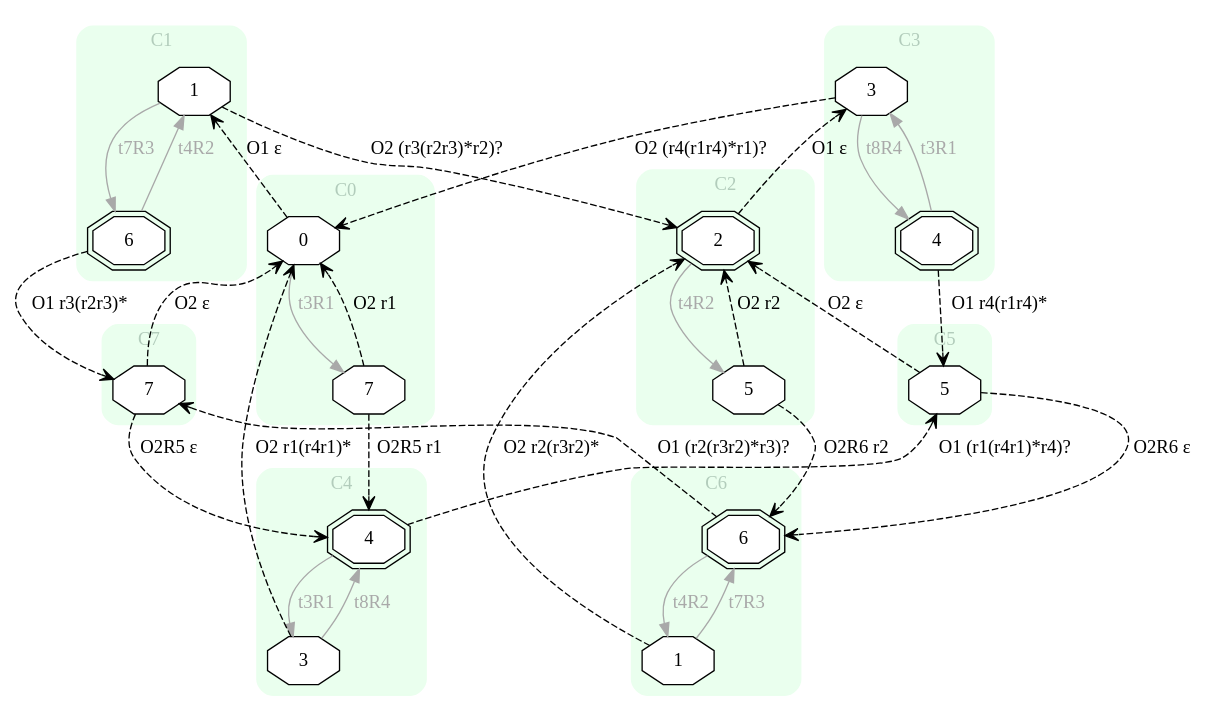
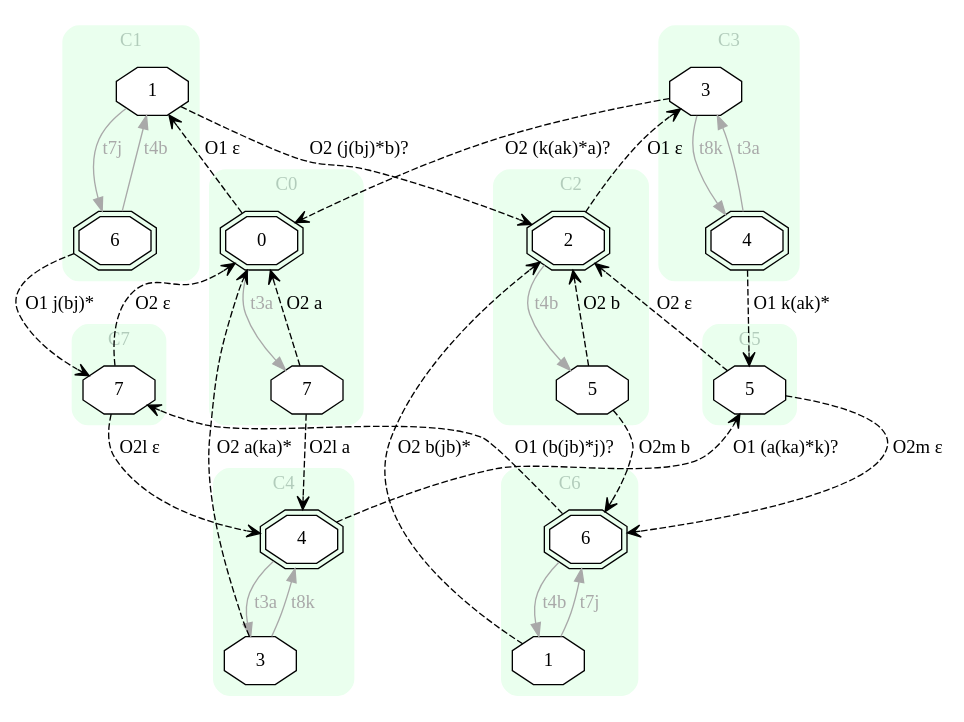
One commit to Stefano-BS/Explanatory-Diagnosis changed the diagram in input/s2_EXP.dot. Above: the diagram before and after it, drawn with Graphviz. The commit also changed 71 other files, not shown here.

```diff
--- a/input/s2_EXP.dot
+++ b/input/s2_EXP.dot
@@ -1,77 +1,77 @@
 digraph "EXPinput/s2" {
 node [style=filled fillcolor=white]
 subgraph cluster0 {
 style="rounded,filled" label="C0" fontcolor="#B2CCBB" color="#EAFFEE"
 edge[color=darkgray fontcolor=darkgray]
-node [shape=octagon]; C0S0 [label=0];
+node [shape=doubleoctagon]; C0S0 [label=0];
 node [shape=octagon]; C0S7 [label=7];
-C0S0 -> C0S7 [label=t3R1]
+C0S0 -> C0S7 [label=t3a]
 }
 subgraph cluster1 {
 style="rounded,filled" label="C1" fontcolor="#B2CCBB" color="#EAFFEE"
 edge[color=darkgray fontcolor=darkgray]
 node [shape=octagon]; C1S1 [label=1];
 node [shape=doubleoctagon]; C1S6 [label=6];
-C1S1 -> C1S6 [label=t7R3]
-C1S6 -> C1S1 [label=t4R2]
+C1S1 -> C1S6 [label=t7j]
+C1S6 -> C1S1 [label=t4b]
 }
 subgraph cluster2 {
 style="rounded,filled" label="C2" fontcolor="#B2CCBB" color="#EAFFEE"
 edge[color=darkgray fontcolor=darkgray]
 node [shape=doubleoctagon]; C2S2 [label=2];
 node [shape=octagon]; C2S5 [label=5];
-C2S2 -> C2S5 [label=t4R2]
+C2S2 -> C2S5 [label=t4b]
 }
 subgraph cluster3 {
 style="rounded,filled" label="C3" fontcolor="#B2CCBB" color="#EAFFEE"
 edge[color=darkgray fontcolor=darkgray]
 node [shape=octagon]; C3S3 [label=3];
 node [shape=doubleoctagon]; C3S4 [label=4];
-C3S3 -> C3S4 [label=t8R4]
-C3S4 -> C3S3 [label=t3R1]
+C3S3 -> C3S4 [label=t8k]
+C3S4 -> C3S3 [label=t3a]
 }
 subgraph cluster4 {
 style="rounded,filled" label="C4" fontcolor="#B2CCBB" color="#EAFFEE"
 edge[color=darkgray fontcolor=darkgray]
 node [shape=doubleoctagon]; C4S4 [label=4];
 node [shape=octagon]; C4S3 [label=3];
-C4S4 -> C4S3 [label=t3R1]
-C4S3 -> C4S4 [label=t8R4]
+C4S4 -> C4S3 [label=t3a]
+C4S3 -> C4S4 [label=t8k]
 }
 subgraph cluster5 {
 style="rounded,filled" label="C5" fontcolor="#B2CCBB" color="#EAFFEE"
 edge[color=darkgray fontcolor=darkgray]
 node [shape=octagon]; C5S5 [label=5];
 }
 subgraph cluster6 {
 style="rounded,filled" label="C6" fontcolor="#B2CCBB" color="#EAFFEE"
 edge[color=darkgray fontcolor=darkgray]
 node [shape=doubleoctagon]; C6S6 [label=6];
 node [shape=octagon]; C6S1 [label=1];
-C6S6 -> C6S1 [label=t4R2]
-C6S1 -> C6S6 [label=t7R3]
+C6S6 -> C6S1 [label=t4b]
+C6S1 -> C6S6 [label=t7j]
 }
 subgraph cluster7 {
 style="rounded,filled" label="C7" fontcolor="#B2CCBB" color="#EAFFEE"
 edge[color=darkgray fontcolor=darkgray]
 node [shape=octagon]; C7S7 [label=7];
 }
 C0S0 -> C1S1 [style=dashed arrowhead=vee label="O1 ε"]
-C0S7 -> C4S4 [style=dashed arrowhead=vee label="O2R5 r1"]
-C0S7 -> C0S0 [style=dashed arrowhead=vee label="O2 r1"]
-C1S1 -> C2S2 [style=dashed arrowhead=vee label="O2 (r3(r2r3)*r2)?"]
-C1S6 -> C7S7 [style=dashed arrowhead=vee label="O1 r3(r2r3)*"]
+C0S7 -> C4S4 [style=dashed arrowhead=vee label="O2l a"]
+C0S7 -> C0S0 [style=dashed arrowhead=vee label="O2 a"]
+C1S1 -> C2S2 [style=dashed arrowhead=vee label="O2 (j(bj)*b)?"]
+C1S6 -> C7S7 [style=dashed arrowhead=vee label="O1 j(bj)*"]
 C2S2 -> C3S3 [style=dashed arrowhead=vee label="O1 ε"]
-C2S5 -> C6S6 [style=dashed arrowhead=vee label="O2R6 r2"]
-C2S5 -> C2S2 [style=dashed arrowhead=vee label="O2 r2"]
-C3S3 -> C0S0 [style=dashed arrowhead=vee label="O2 (r4(r1r4)*r1)?"]
-C3S4 -> C5S5 [style=dashed arrowhead=vee label="O1 r4(r1r4)*"]
-C4S4 -> C5S5 [style=dashed arrowhead=vee label="O1 (r1(r4r1)*r4)?"]
-C4S3 -> C0S0 [style=dashed arrowhead=vee label="O2 r1(r4r1)*"]
-C5S5 -> C6S6 [style=dashed arrowhead=vee label="O2R6 ε"]
+C2S5 -> C6S6 [style=dashed arrowhead=vee label="O2m b"]
+C2S5 -> C2S2 [style=dashed arrowhead=vee label="O2 b"]
+C3S3 -> C0S0 [style=dashed arrowhead=vee label="O2 (k(ak)*a)?"]
+C3S4 -> C5S5 [style=dashed arrowhead=vee label="O1 k(ak)*"]
+C4S4 -> C5S5 [style=dashed arrowhead=vee label="O1 (a(ka)*k)?"]
+C4S3 -> C0S0 [style=dashed arrowhead=vee label="O2 a(ka)*"]
+C5S5 -> C6S6 [style=dashed arrowhead=vee label="O2m ε"]
 C5S5 -> C2S2 [style=dashed arrowhead=vee label="O2 ε"]
-C6S6 -> C7S7 [style=dashed arrowhead=vee label="O1 (r2(r3r2)*r3)?"]
-C6S1 -> C2S2 [style=dashed arrowhead=vee label="O2 r2(r3r2)*"]
-C7S7 -> C4S4 [style=dashed arrowhead=vee label="O2R5 ε"]
+C6S6 -> C7S7 [style=dashed arrowhead=vee label="O1 (b(jb)*j)?"]
+C6S1 -> C2S2 [style=dashed arrowhead=vee label="O2 b(jb)*"]
+C7S7 -> C4S4 [style=dashed arrowhead=vee label="O2l ε"]
 C7S7 -> C0S0 [style=dashed arrowhead=vee label="O2 ε"]
 }
```
